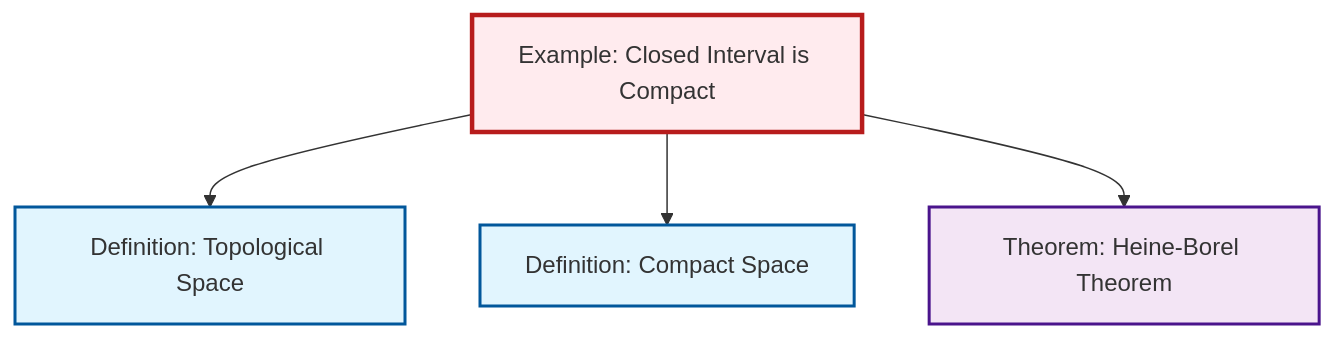
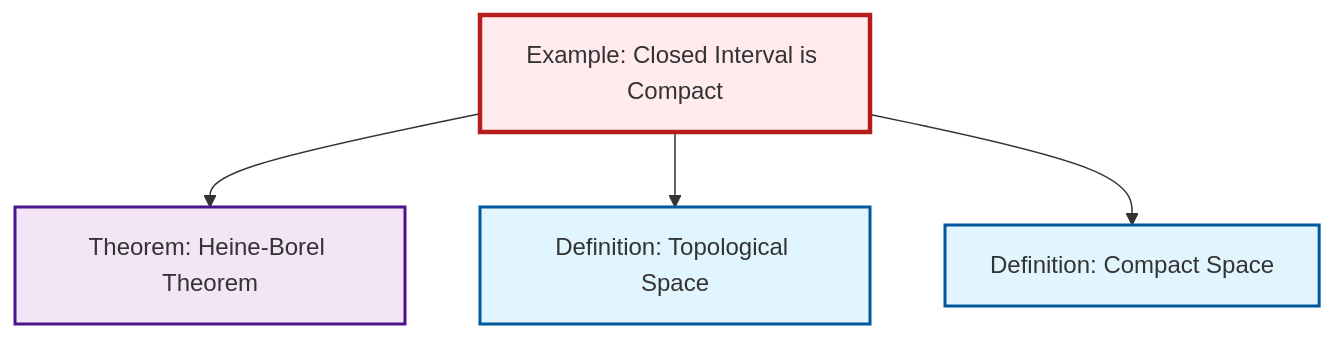
The diagram in output/mermaid/ex-closed-interval-compact.mermaid (RK0429/ModernMath), drawn with Mermaid before and after one commit. The commit also changed other lines of this file and 1203 other files, not shown here.

```diff
--- a/output/mermaid/ex-closed-interval-compact.mermaid
+++ b/output/mermaid/ex-closed-interval-compact.mermaid
@@ -1,15 +1,15 @@
 %%| fig-cap: "Local dependency graph"
 graph TD
     classDef definition fill:#e1f5fe,stroke:#01579b,stroke-width:2px
     classDef theorem fill:#f3e5f5,stroke:#4a148c,stroke-width:2px
     classDef axiom fill:#fff3e0,stroke:#e65100,stroke-width:2px
     classDef example fill:#e8f5e9,stroke:#1b5e20,stroke-width:2px
     classDef current fill:#ffebee,stroke:#b71c1c,stroke-width:3px
     def-topological-space["Definition: Topological Space"]:::definition
-    def-compact["Definition: Compact Space"]:::definition
     thm-heine-borel["Theorem: Heine-Borel Theorem"]:::theorem
     ex-closed-interval-compact["Example: Closed Interval is Compact"]:::example
+    def-compact["Definition: Compact Space"]:::definition
+    ex-closed-interval-compact --> thm-heine-borel
     ex-closed-interval-compact --> def-topological-space
     ex-closed-interval-compact --> def-compact
-    ex-closed-interval-compact --> thm-heine-borel
     class ex-closed-interval-compact current
```
